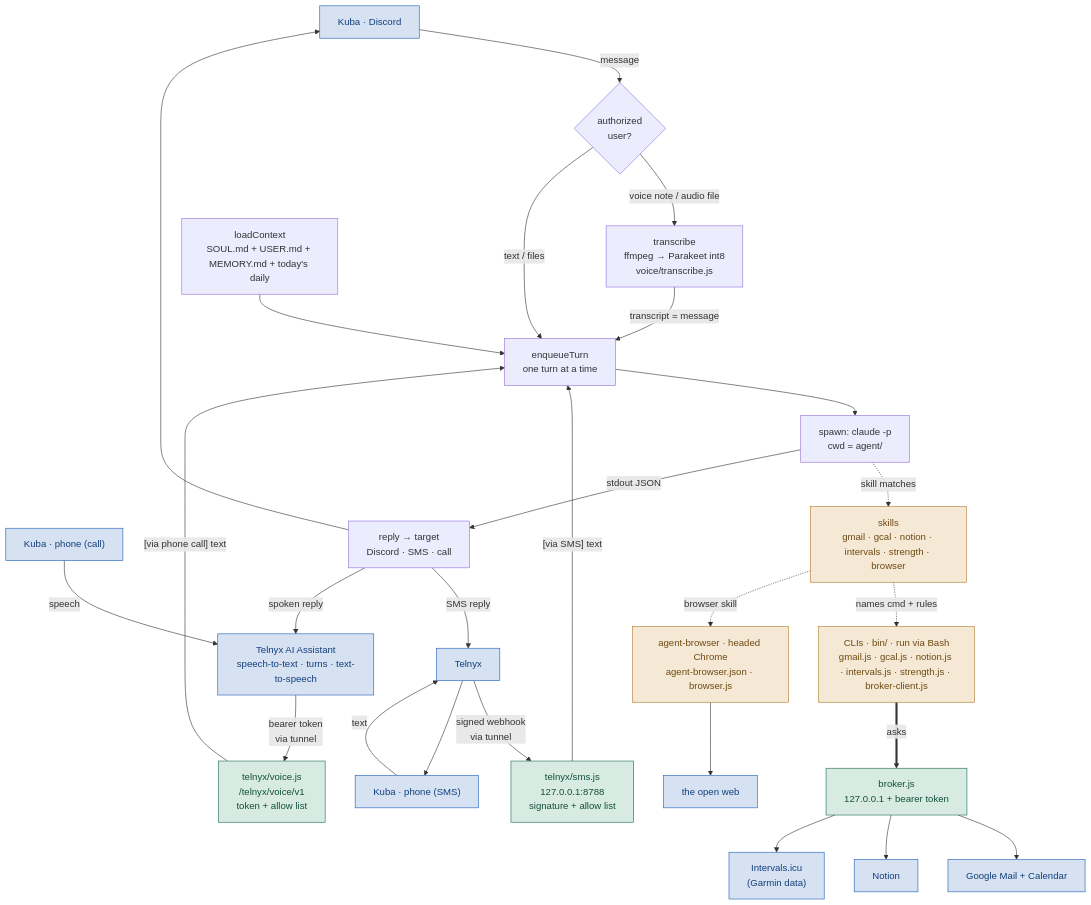
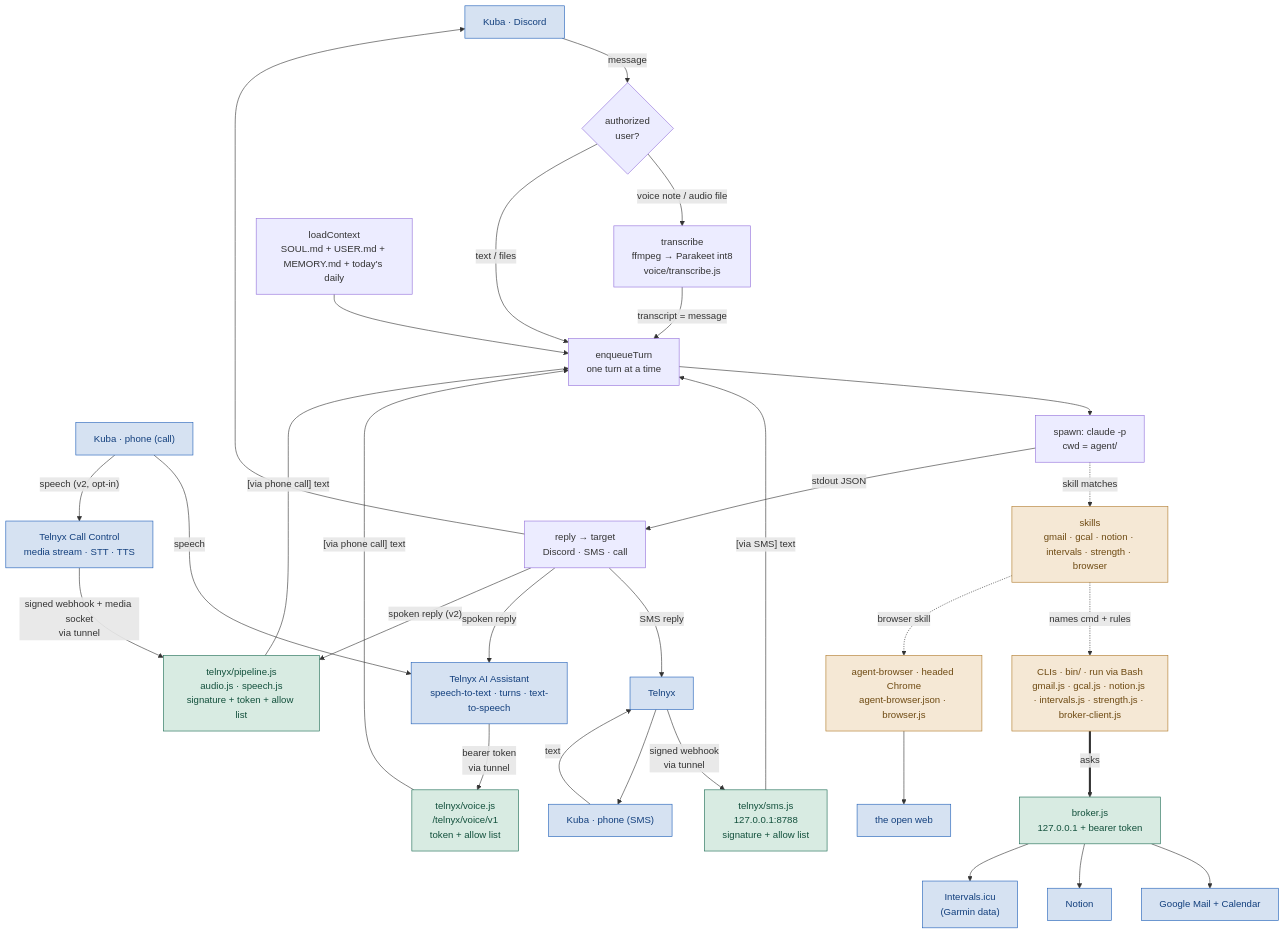
Before and after one commit to KubaJerz/alfred-node: the first of 6 diagrams in SYSTEM-MAP.md, drawn with Mermaid. The commit also changed other lines of this file and 10 other files, not shown here.

First line of the commit message:
feat: add an opt-in v2 call pipeline over Call Control

````diff
--- a/SYSTEM-MAP.md
+++ b/SYSTEM-MAP.md
@@ -57,34 +57,38 @@
 ```mermaid
 flowchart TD
     U["Kuba · Discord"] -->|message| GATE{"authorized<br/>user?"}
     GATE -->|"voice note / audio file"| TR["transcribe<br/>ffmpeg → Parakeet int8<br/>voice/transcribe.js"]
     TR -->|"transcript = message"| Q
     GATE -->|"text / files"| Q["enqueueTurn<br/>one turn at a time"]
     PH["Kuba · phone (SMS)"] -->|text| TX["Telnyx"]
     TX -->|"signed webhook<br/>via tunnel"| WH["telnyx/sms.js<br/>127.0.0.1:8788<br/>signature + allow list"]
     WH -->|"[via SMS] text"| Q
     CALL["Kuba · phone (call)"] -->|speech| VA["Telnyx AI Assistant<br/>speech-to-text · turns · text-to-speech"]
     VA -->|"bearer token<br/>via tunnel"| VR["telnyx/voice.js<br/>/telnyx/voice/v1<br/>token + allow list"]
     VR -->|"[via phone call] text"| Q
+    CALL -->|"speech (v2, opt-in)"| CC["Telnyx Call Control<br/>media stream · STT · TTS"]
+    CC -->|"signed webhook + media socket<br/>via tunnel"| VP["telnyx/pipeline.js<br/>audio.js · speech.js<br/>signature + token + allow list"]
+    VP -->|"[via phone call] text"| Q
     CTX["loadContext<br/>SOUL.md + USER.md + MEMORY.md + today's daily"] --> Q
     Q --> SPAWN["spawn: claude -p<br/>cwd = agent/"]
     SPAWN -.->|"skill matches"| SK["skills<br/>gmail · gcal · notion · intervals · strength · browser"]
     SK -.->|"names cmd + rules"| CLIS["CLIs · bin/ · run via Bash<br/>gmail.js · gcal.js · notion.js · intervals.js · strength.js · broker-client.js"]
     CLIS ==>|"asks"| BR["broker.js<br/>127.0.0.1 + bearer token"]
     BR --> G["Google Mail + Calendar"]
     BR --> N["Notion"]
     BR --> I["Intervals.icu<br/>(Garmin data)"]
     SK -.->|"browser skill"| AB["agent-browser · headed Chrome<br/>agent-browser.json · browser.js"]
     AB --> WEB["the open web"]
     SPAWN -->|"stdout JSON"| R["reply → target<br/>Discord · SMS · call"]
     R --> U
     R -->|"SMS reply"| TX
     R -->|"spoken reply"| VA
+    R -->|"spoken reply (v2)"| VP
     TX --> PH
     classDef external fill:#d6e2f2,stroke:#1f5fb8,color:#123f7d
     classDef gateway fill:#d8ebe2,stroke:#1b6b52,color:#12503c
     classDef stack fill:#f5e8d5,stroke:#b07a2a,color:#6e4a12
-    class U,G,N,I,WEB,PH,TX,CALL,VA external
-    class BR,WH,VR gateway
+    class U,G,N,I,WEB,PH,TX,CALL,VA,CC external
+    class BR,WH,VR,VP gateway
     class SK,CLIS,AB stack
 ```
````
